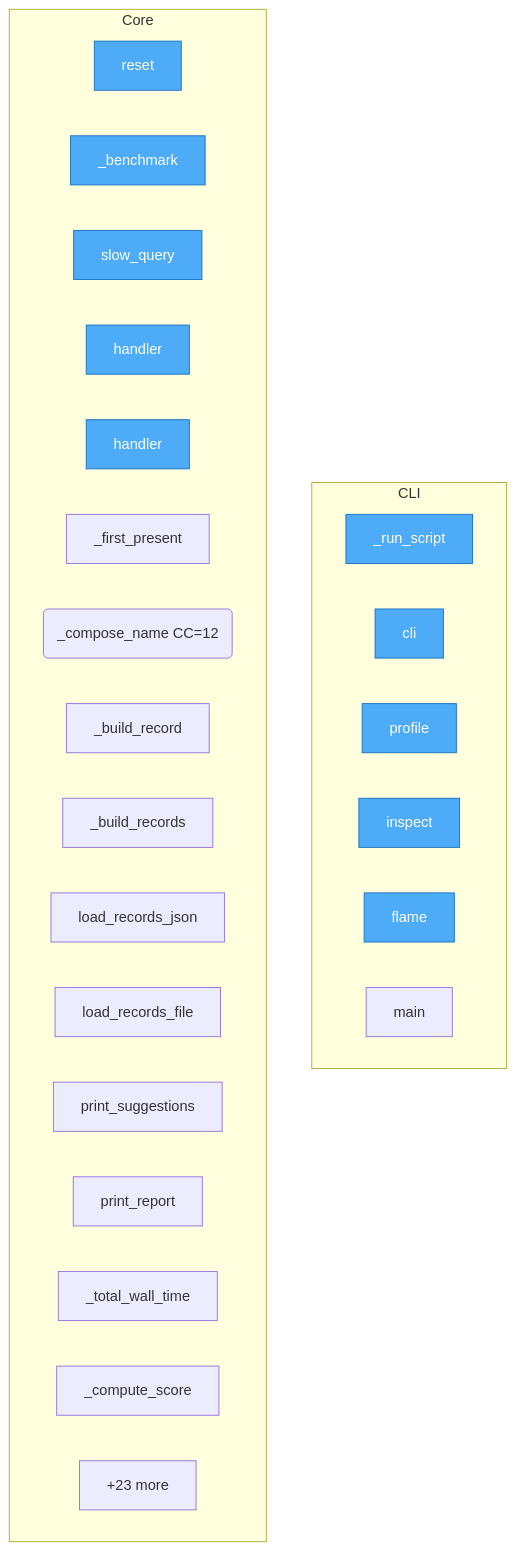
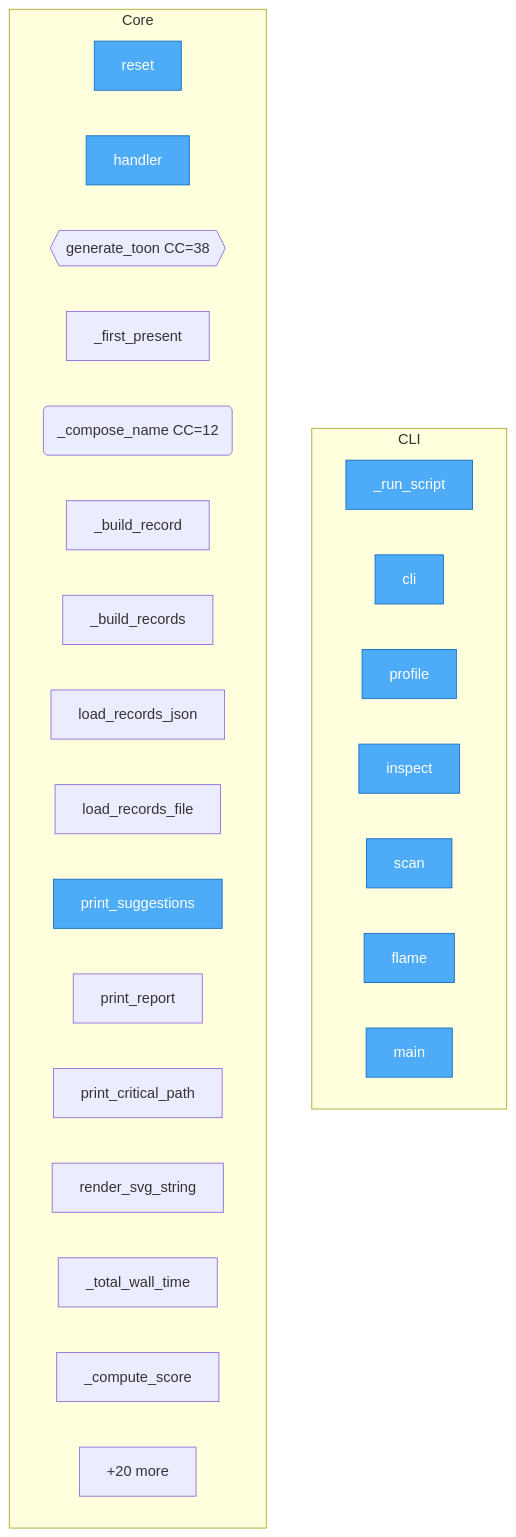
The diagram in project/flow.mmd (semcod/metrun), drawn with Mermaid before and after one commit. The commit also changed 48 other files, not shown here.

```diff
--- a/project/flow.mmd
+++ b/project/flow.mmd
@@ -1,34 +1,35 @@
 flowchart TD
 
     %% Entry points (blue)
     classDef entry fill:#4dabf7,stroke:#1971c2,color:#fff
 
     subgraph CLI
         metrun__cli___run_script["_run_script"]
         metrun__cli__cli["cli"]
         metrun__cli__profile["profile"]
         metrun__cli__inspect["inspect"]
+        metrun__cli__scan["scan"]
         metrun__cli__flame["flame"]
         metrun__cli__main["main"]
     end
 
     subgraph Core
         project__reset["reset"]
-        project___benchmark["_benchmark"]
-        project__slow_query["slow_query"]
-        project__handler["handler"]
         demo__handler["handler"]
+        metrun__toon__generate_toon{{generate_toon CC=38}}
         metrun__records_io___first_present["_first_present"]
         metrun__records_io___compose_name("_compose_name CC=12")
         metrun__records_io___build_record["_build_record"]
         metrun__records_io___build_records["_build_records"]
         metrun__records_io__load_records_json["load_records_json"]
         metrun__records_io__load_records_file["load_records_file"]
         metrun__suggestions__print_suggestions["print_suggestions"]
         metrun__report__print_report["print_report"]
+        metrun__critical_path__print_critical_path["print_critical_path"]
+        metrun__flamegraph__render_svg_string["render_svg_string"]
         metrun__bottleneck__BottleneckEngine___total_wall_time["_total_wall_time"]
         metrun__bottleneck__BottleneckEngine___compute_score["_compute_score"]
-        ...["+23 more"]
+        ...["+20 more"]
     end
 
-    class project__reset,project___benchmark,project__slow_query,project__handler,demo__handler,metrun__cli___run_script,metrun__cli__cli,metrun__cli__profile,metrun__cli__inspect,metrun__cli__flame entry
+    class project__reset,demo__handler,metrun__cli___run_script,metrun__cli__cli,metrun__cli__profile,metrun__cli__inspect,metrun__cli__scan,metrun__cli__flame,metrun__cli__main,metrun__suggestions__print_suggestions entry
```
